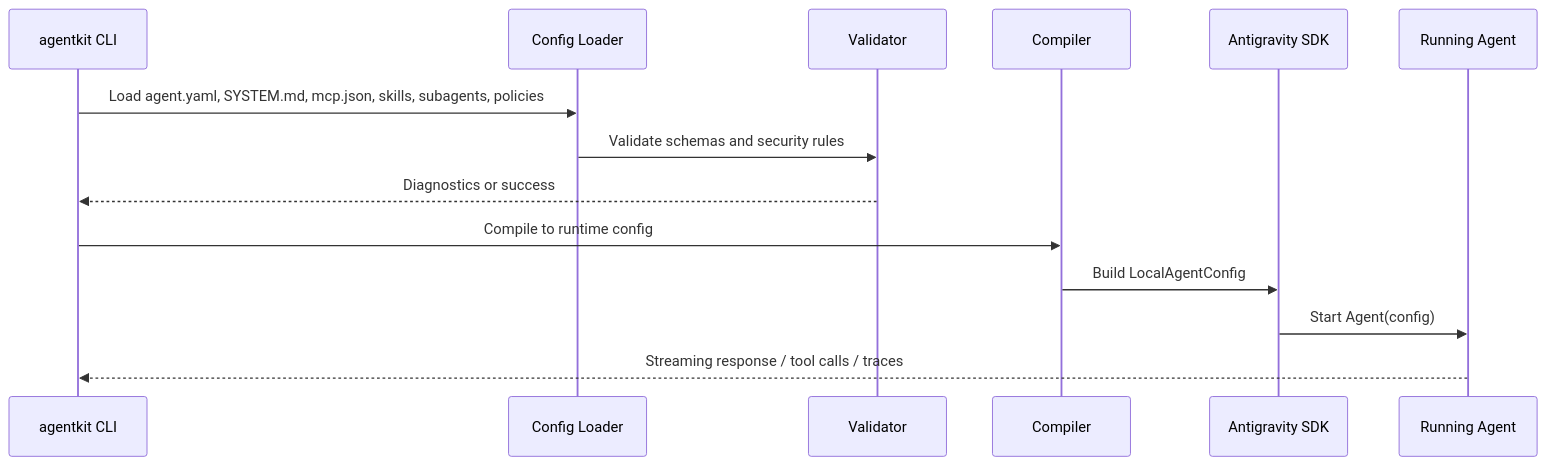
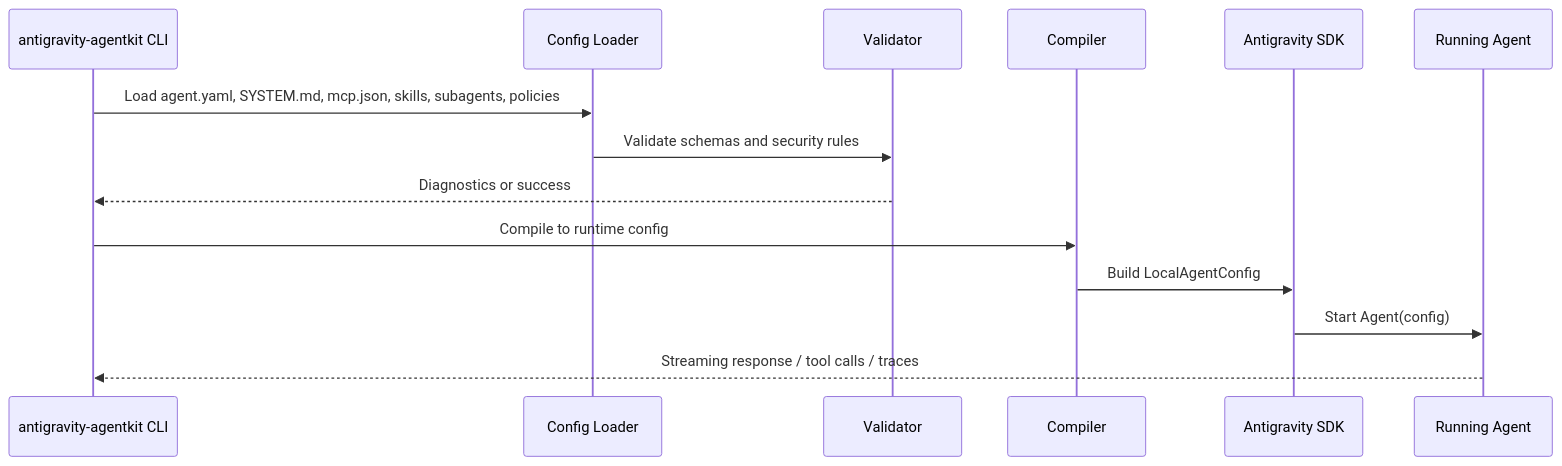
The second of 3 diagrams in docs/rfcs/0001-declarative-antigravity-agentkit.md (yu-iskw/antigravity-agentkit), drawn with Mermaid before and after one commit. The commit also changed other lines of this file and 96 other files, not shown here.

First line of the commit message:
feat(agentkit): implement declarative compiler, CLI, and examples

````diff
--- a/docs/rfcs/0001-declarative-antigravity-agentkit.md
+++ b/docs/rfcs/0001-declarative-antigravity-agentkit.md
@@ -316,17 +316,17 @@
 ```mermaid
 sequenceDiagram
-    participant CLI as agentkit CLI
+    participant CLI as antigravity-agentkit CLI
     participant Loader as Config Loader
     participant Validator as Validator
     participant Compiler as Compiler
     participant SDK as Antigravity SDK
     participant Agent as Running Agent
 
     CLI->>Loader: Load agent.yaml, SYSTEM.md, mcp.json, skills, subagents, policies
     Loader->>Validator: Validate schemas and security rules
     Validator-->>CLI: Diagnostics or success
     CLI->>Compiler: Compile to runtime config
     Compiler->>SDK: Build LocalAgentConfig
     SDK->>Agent: Start Agent(config)
     Agent-->>CLI: Streaming response / tool calls / traces
 ```
````
